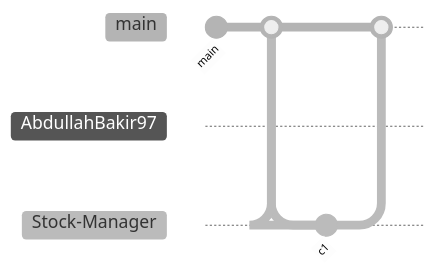
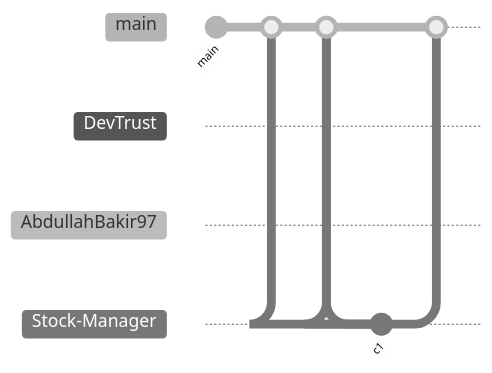
The diagram in README.md (AbdullahBakir97/AbdullahBakir97), drawn with Mermaid (neutral theme) before and after one commit. The commit also changed other lines of this file and 7 other files, not shown here.

````diff
--- a/README.md
+++ b/README.md
@@ -338,14 +338,19 @@
 ```mermaid
 gitGraph
    commit id: "main"
+   branch DevTrust
+   checkout DevTrust
+   commit id: "c1"
+   checkout main
+   merge DevTrust
    branch AbdullahBakir97
    checkout AbdullahBakir97
    commit id: "c1"
    checkout main
    merge AbdullahBakir97
    branch Stock-Manager
    checkout Stock-Manager
    commit id: "c1"
    checkout main
    merge Stock-Manager
 ```
````
